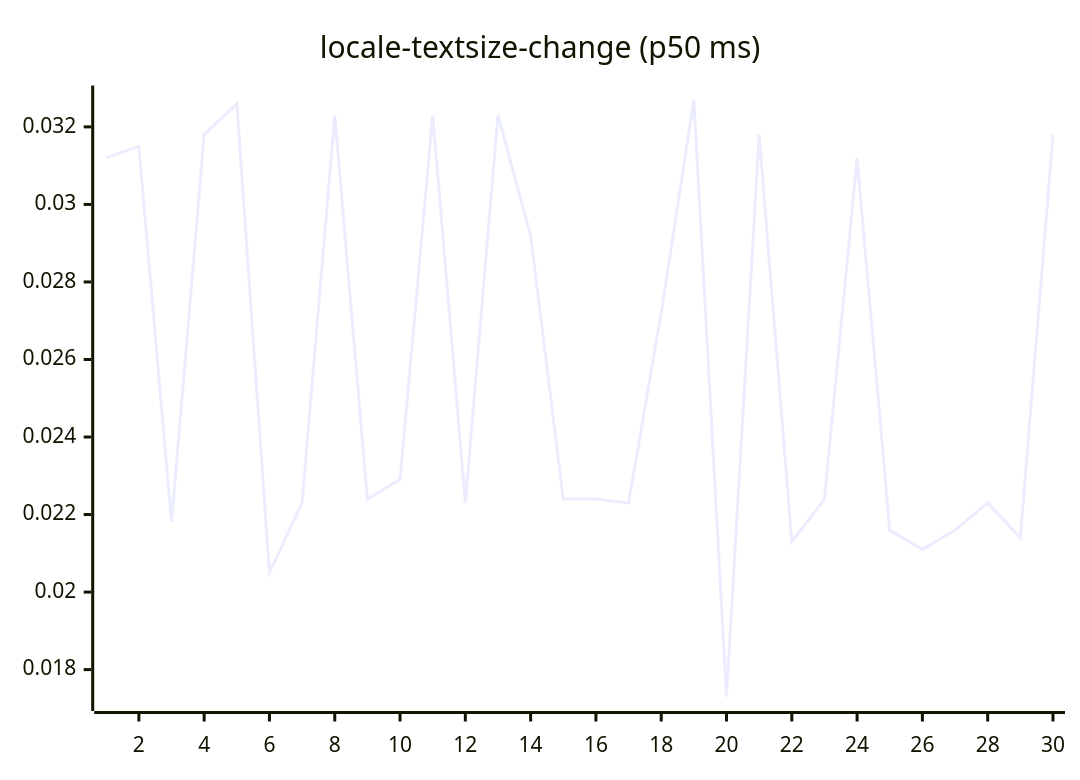
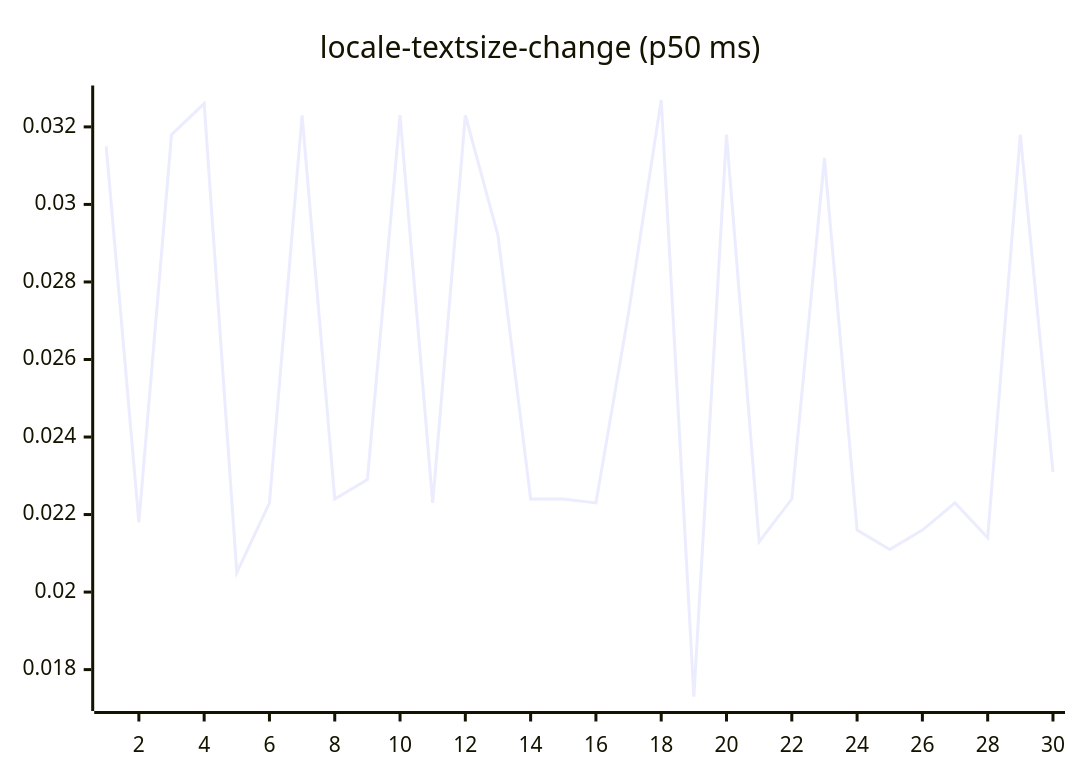
One commit to josha/Facet changed diagram 13 of 27 in README.md. Above: the diagram before and after it, drawn with Mermaid. The commit also changed other lines of this file and 2 other files, not shown here.

````diff
--- a/README.md
+++ b/README.md
@@ -147,6 +147,6 @@
 ```mermaid
 xychart-beta
     title "locale-textsize-change (p50 ms)"
     x-axis 1 --> 30
-    line [0.0312, 0.0315, 0.0218, 0.0318, 0.0326, 0.0205, 0.0223, 0.0323, 0.0224, 0.0229, 0.0323, 0.0223, 0.0323, 0.0292, 0.0224, 0.0224, 0.0223, 0.0272, 0.0327, 0.0173, 0.0318, 0.0213, 0.0224, 0.0312, 0.0216, 0.0211, 0.0216, 0.0223, 0.0214, 0.0318]
+    line [0.0315, 0.0218, 0.0318, 0.0326, 0.0205, 0.0223, 0.0323, 0.0224, 0.0229, 0.0323, 0.0223, 0.0323, 0.0292, 0.0224, 0.0224, 0.0223, 0.0272, 0.0327, 0.0173, 0.0318, 0.0213, 0.0224, 0.0312, 0.0216, 0.0211, 0.0216, 0.0223, 0.0214, 0.0318, 0.0231]
 ```
````
